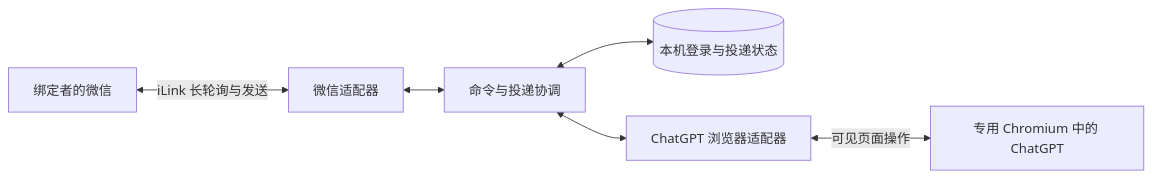
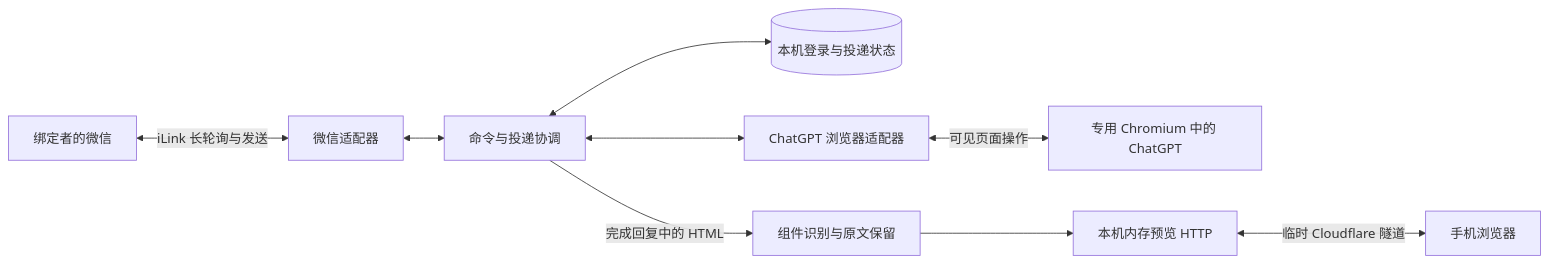
Before and after one commit to TianDongL/wechat-chatgpt-bridge: the diagram in docs/architecture.md, drawn with Mermaid. The commit also changed other lines of this file and 20 other files, not shown here.

````diff
--- a/docs/architecture.md
+++ b/docs/architecture.md
@@ -5,8 +5,11 @@
 ```mermaid
 flowchart LR
     W[绑定者的微信] <-->|iLink 长轮询与发送| A[微信适配器]
     A <--> R[命令与投递协调]
     R <--> S[(本机登录与投递状态)]
     R <--> B[ChatGPT 浏览器适配器]
     B <-->|可见页面操作| C[专用 Chromium 中的 ChatGPT]
+    R -->|完成回复中的 HTML| H[组件识别与原文保留]
+    H --> P[本机内存预览 HTTP]
+    P <-->|临时 Cloudflare 隧道| M[手机浏览器]
 ```
````
